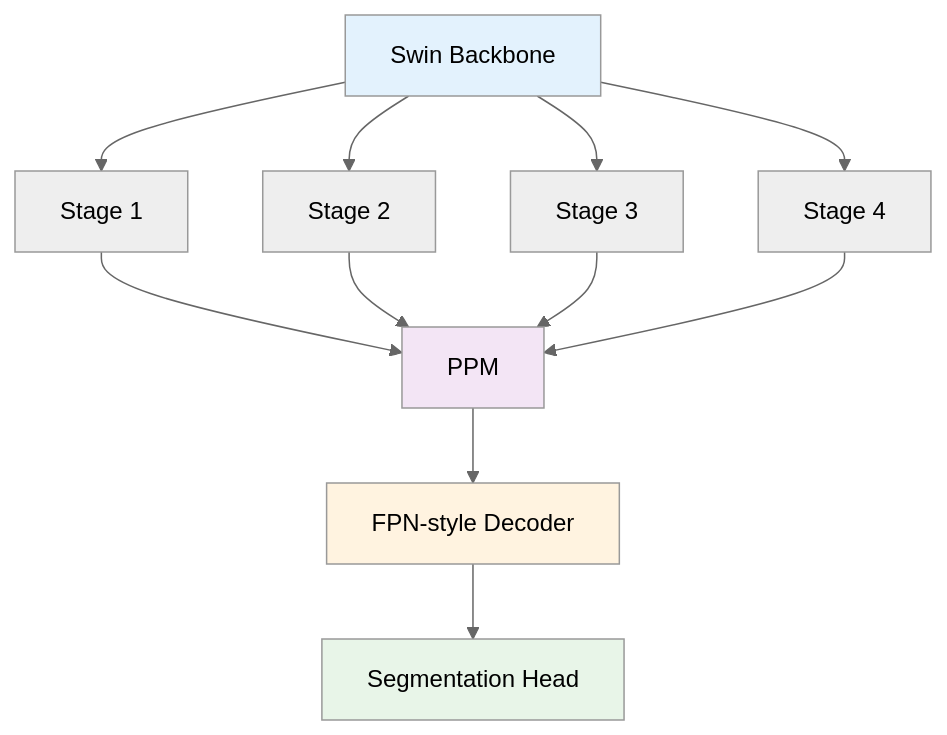
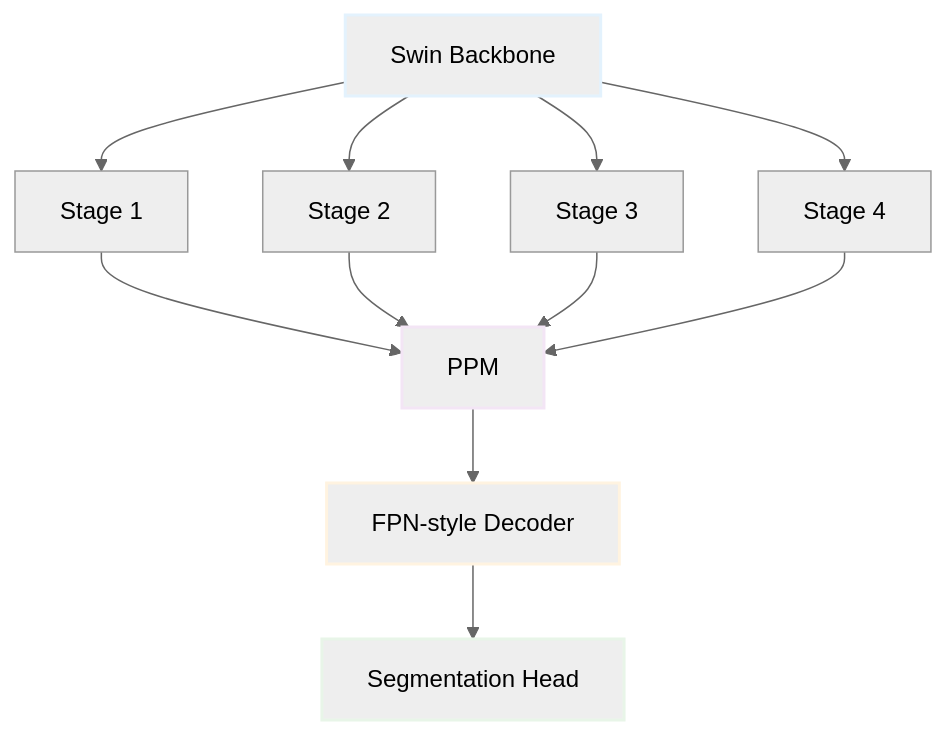
One commit to c0z0c/sprint_mission changed the third of 3 diagrams in 스터디/IS_10_modern_architectures.md. Above: the diagram before and after it, drawn with Mermaid (neutral theme). The commit also changed other lines of this file and 14 other files, not shown here.

````diff
--- a/스터디/IS_10_modern_architectures.md
+++ b/스터디/IS_10_modern_architectures.md
@@ -296,18 +296,18 @@
 ```mermaid
 graph TB
     A["Swin Backbone"] --> B["Stage 1"]
     A --> C["Stage 2"] 
     A --> D["Stage 3"]
     A --> E["Stage 4"]
     B --> F["PPM"]
     C --> F
     D --> F  
     E --> F
     F --> G["FPN-style Decoder"]
     G --> H["Segmentation Head"]
     
-    style A fill:#e3f2fd
-    style F fill:#f3e5f5
-    style G fill:#fff3e0
-    style H fill:#e8f5e8
+    style A stroke-width:2px,stroke:#e3f2fd
+    style F stroke-width:2px,stroke:#f3e5f5
+    style G stroke-width:2px,stroke:#fff3e0
+    style H stroke-width:2px,stroke:#e8f5e8
 ```
````
